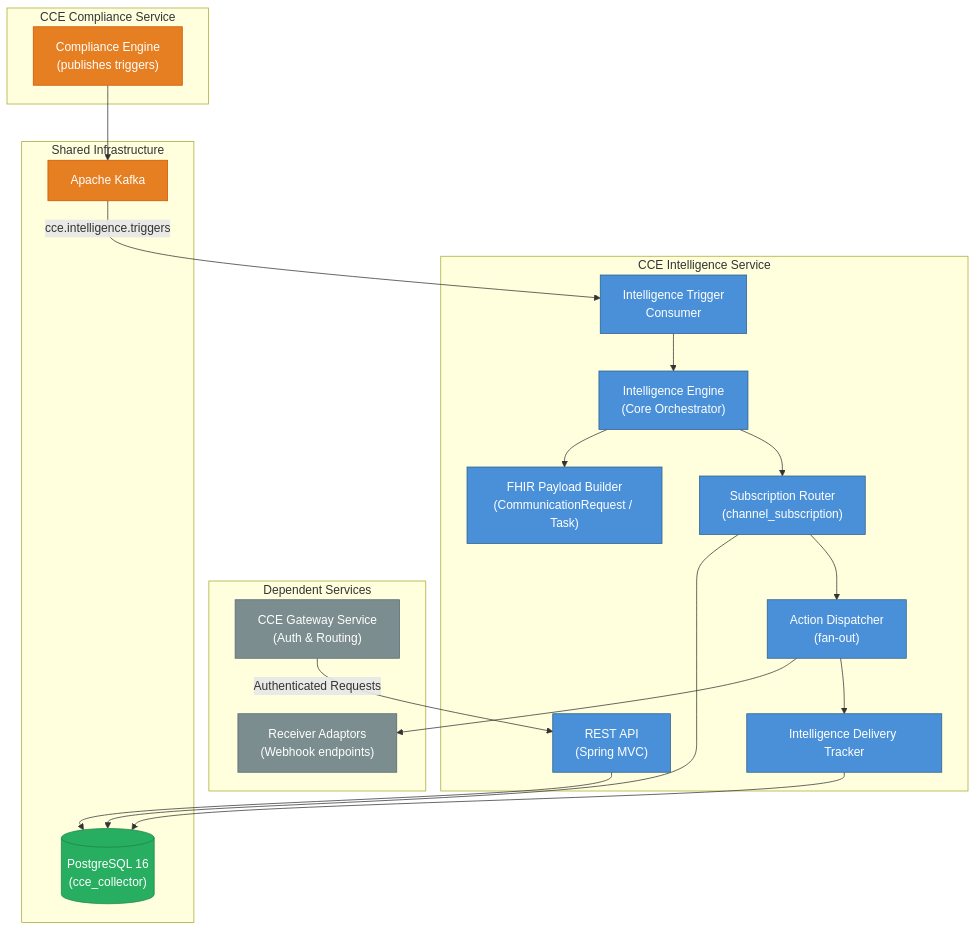
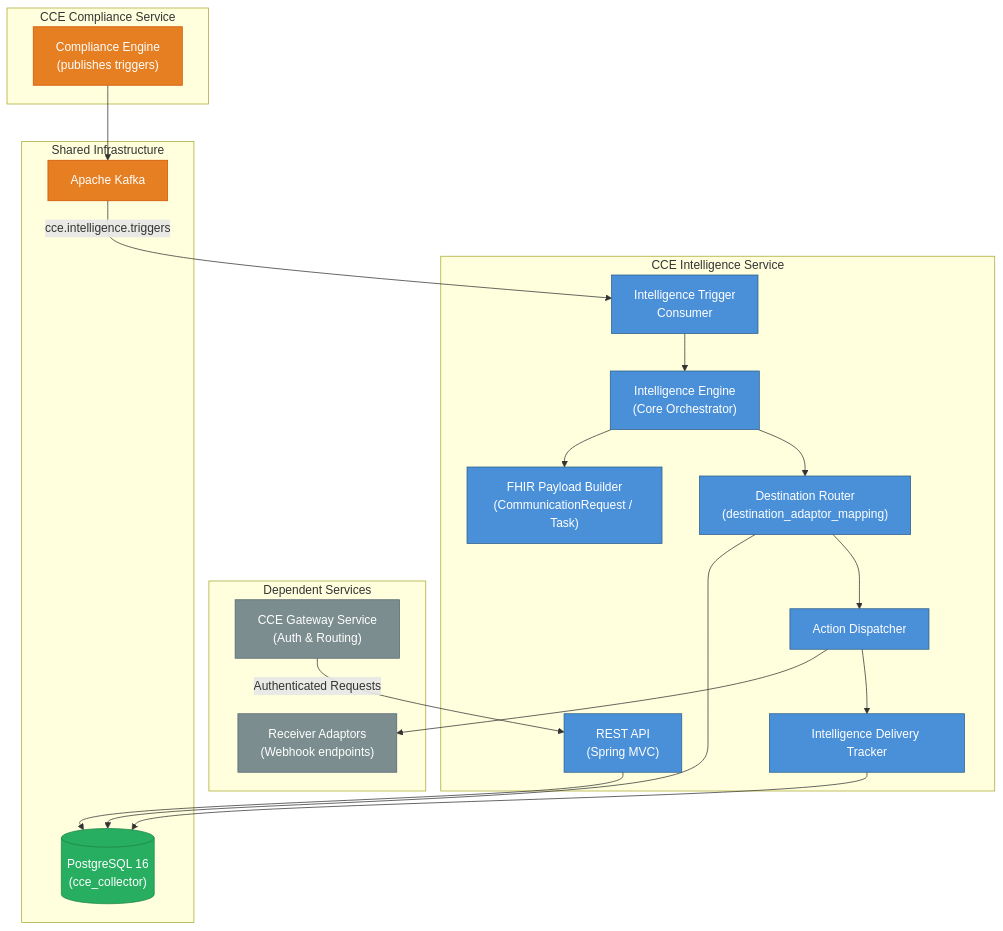
The first of 6 diagrams in docs/architecture-overview.md (Jayaprakash8887/cce-intelligence-service), drawn with Mermaid before and after one commit. The commit also changed other lines of this file and 39 other files, not shown here.

First line of the commit message:
feat: Refactor channel subscription to destination adaptor mapping

````diff
--- a/docs/architecture-overview.md
+++ b/docs/architecture-overview.md
@@ -9,49 +9,49 @@
 ```mermaid
 graph TB
     subgraph Dependent Services
         GATEWAY["CCE Gateway Service<br/>(Auth & Routing)"]
         RECEIVER_WH["Receiver Adaptors<br/>(Webhook endpoints)"]
     end
 
     subgraph CCE Intelligence Service
         CONSUMER["Intelligence Trigger<br/>Consumer"]
         ENGINE["Intelligence Engine<br/>(Core Orchestrator)"]
         BUILDER["FHIR Payload Builder<br/>(CommunicationRequest / Task)"]
-        ROUTER["Subscription Router<br/>(channel_subscription)"]
-        DISPATCHER["Action Dispatcher<br/>(fan-out)"]
+        ROUTER["Destination Router<br/>(destination_adaptor_mapping)"]
+        DISPATCHER["Action Dispatcher"]
         TRACKER["Intelligence Delivery Tracker"]
         API["REST API<br/>(Spring MVC)"]
     end
 
     subgraph Shared Infrastructure
         DB[("PostgreSQL 16<br/>(cce_collector)")]
         KAFKA["Apache Kafka"]
     end
 
     subgraph CCE Compliance Service
         COMPLIANCE["Compliance Engine<br/>(publishes triggers)"]
     end
 
     COMPLIANCE --> KAFKA
     KAFKA -->|"cce.intelligence.triggers"| CONSUMER
     CONSUMER --> ENGINE
     ENGINE --> BUILDER
     ENGINE --> ROUTER
     ROUTER --> DB
     ROUTER --> DISPATCHER
     DISPATCHER --> RECEIVER_WH
     DISPATCHER --> TRACKER
     TRACKER --> DB
     API --> DB
     GATEWAY -->|"Authenticated Requests"| API
 
     classDef service fill:#4A90D9,stroke:#2C5F8A,color:white
     classDef external fill:#7B8D8E,stroke:#566573,color:white
     classDef data fill:#27AE60,stroke:#1E8449,color:white
     classDef broker fill:#E67E22,stroke:#D35400,color:white
 
     class CONSUMER,ENGINE,BUILDER,ROUTER,DISPATCHER,TRACKER,API service
     class GATEWAY,RECEIVER_WH external
     class DB data
     class KAFKA,COMPLIANCE broker
 ```
````
